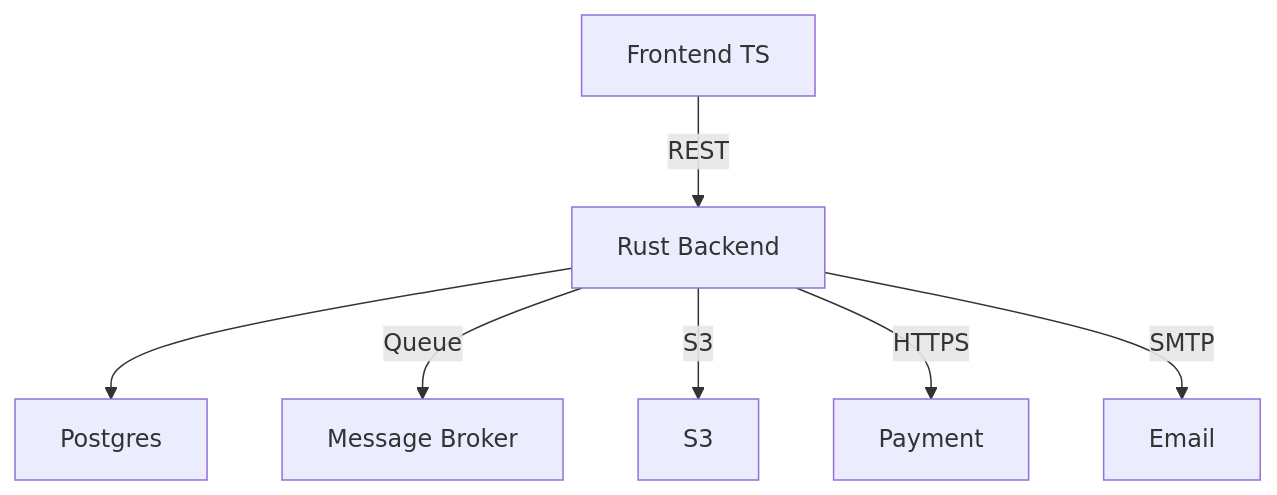
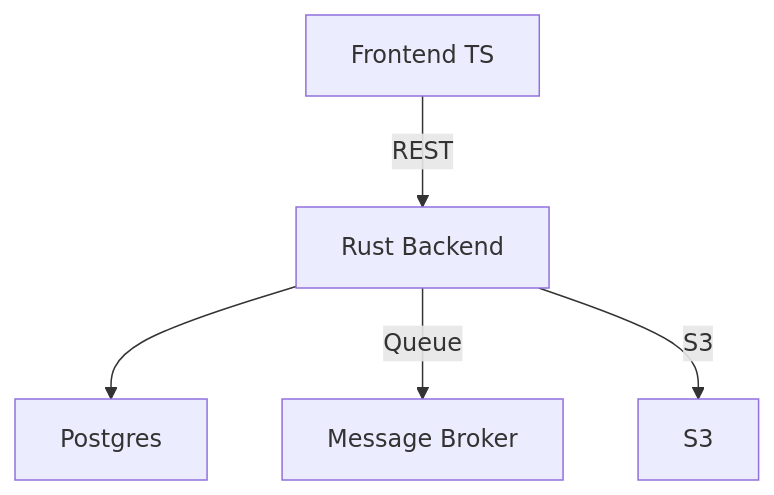
One commit to CM-market/transac changed the second of 5 diagrams in docs/arc42.md. Above: the diagram before and after it, drawn with Mermaid. The commit also changed other lines of this file and 16 other files, not shown here.

````diff
--- a/docs/arc42.md
+++ b/docs/arc42.md
@@ -133,9 +120,7 @@
 ```mermaid
 graph TD
   Web[Frontend TS] -->|REST| API[Rust Backend]
   API --> DB[Postgres]
   API -->|Queue| MQ[Message Broker]
   API -->|S3| Storage[S3]
-  API -->|HTTPS| Payment
-  API -->|SMTP| Email
 ```
````
